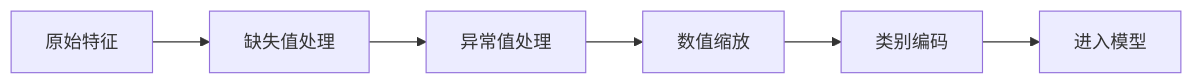
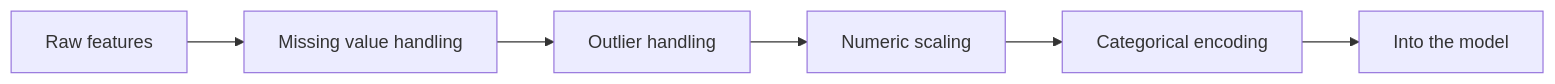
The diagram in docs/ch05-machine-learning/ch05-feature-engineering/02-preprocessing.md (oudbiao/AI-fullstack-course), drawn with Mermaid before and after one commit. The commit also changed other lines of this file and 1406 other files, not shown here.

````diff
--- a/docs/ch05-machine-learning/ch05-feature-engineering/02-preprocessing.md
+++ b/docs/ch05-machine-learning/ch05-feature-engineering/02-preprocessing.md
@@ -27,8 +27,8 @@
 ```mermaid
 flowchart LR
-  A[原始特征] --> B[缺失值处理]
-  B --> C[异常值处理]
-  C --> D[数值缩放]
-  D --> E[类别编码]
-  E --> F[进入模型]
+  A[Raw features] --> B[Missing value handling]
+  B --> C[Outlier handling]
+  C --> D[Numeric scaling]
+  D --> E[Categorical encoding]
+  E --> F[Into the model]
 ```
````
